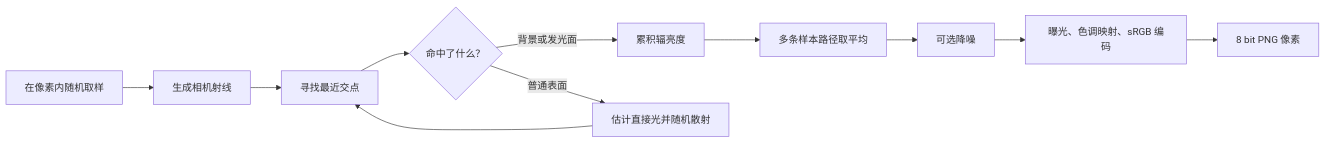
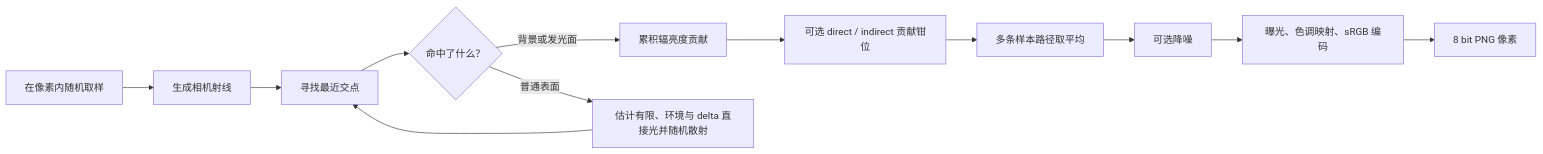
Before and after one commit to goooxu/SpectralDock: the diagram in docs/technical-report/README.md, drawn with Mermaid. The commit also changed other lines of this file and 74 other files, not shown here.

```diff
--- a/docs/technical-report/README.md
+++ b/docs/technical-report/README.md
@@ -13,13 +13,14 @@
 ~~~mermaid
 flowchart LR
     A["在像素内随机取样"] --> B["生成相机射线"]
     B --> C["寻找最近交点"]
     C --> D{"命中了什么？"}
-    D -->|背景或发光面| E["累积辐亮度"]
-    D -->|普通表面| F["估计直接光并随机散射"]
+    D -->|背景或发光面| E["累积辐亮度贡献"]
+    D -->|普通表面| F["估计有限、环境与 delta 直接光并随机散射"]
     F --> C
-    E --> G["多条样本路径取平均"]
+    E --> K["可选 direct / indirect 贡献钳位"]
+    K --> G["多条样本路径取平均"]
     G --> H["可选降噪"]
     H --> I["曝光、色调映射、sRGB 编码"]
     I --> J["8 bit PNG 像素"]
 ~~~
```
